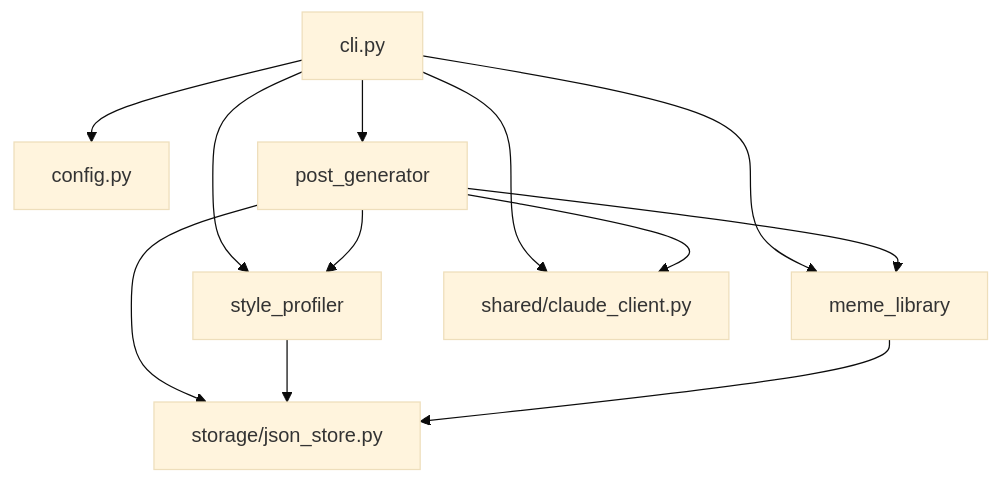
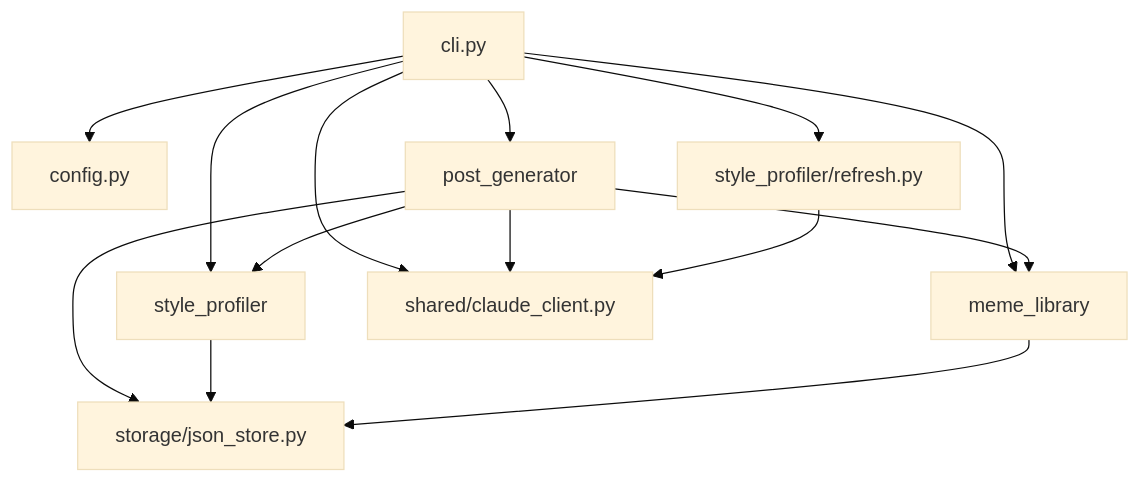
One commit to Easy-T/naver-blog-bot changed the diagram in docs/ai-context/architecture.md. Above: the diagram before and after it, drawn with Mermaid (base theme). The commit also changed other lines of this file and 1 other file, not shown here.

First line of the commit message:
Update architecture and glossary for named style profiles

````diff
--- a/docs/ai-context/architecture.md
+++ b/docs/ai-context/architecture.md
@@ -8,14 +8,16 @@
 ```mermaid
 graph TD
   cli["cli.py"] --> config["config.py"]
   cli --> post_generator["post_generator"]
   cli --> style_profiler["style_profiler"]
   cli --> meme_library["meme_library"]
   cli --> shared_claude["shared/claude_client.py"]
+  cli --> refresh["style_profiler/refresh.py"]
   post_generator --> shared_claude
   post_generator --> storage["storage/json_store.py"]
   post_generator --> style_profiler
   post_generator --> meme_library
   style_profiler --> storage
   meme_library --> storage
+  refresh --> shared_claude
 ```
````
